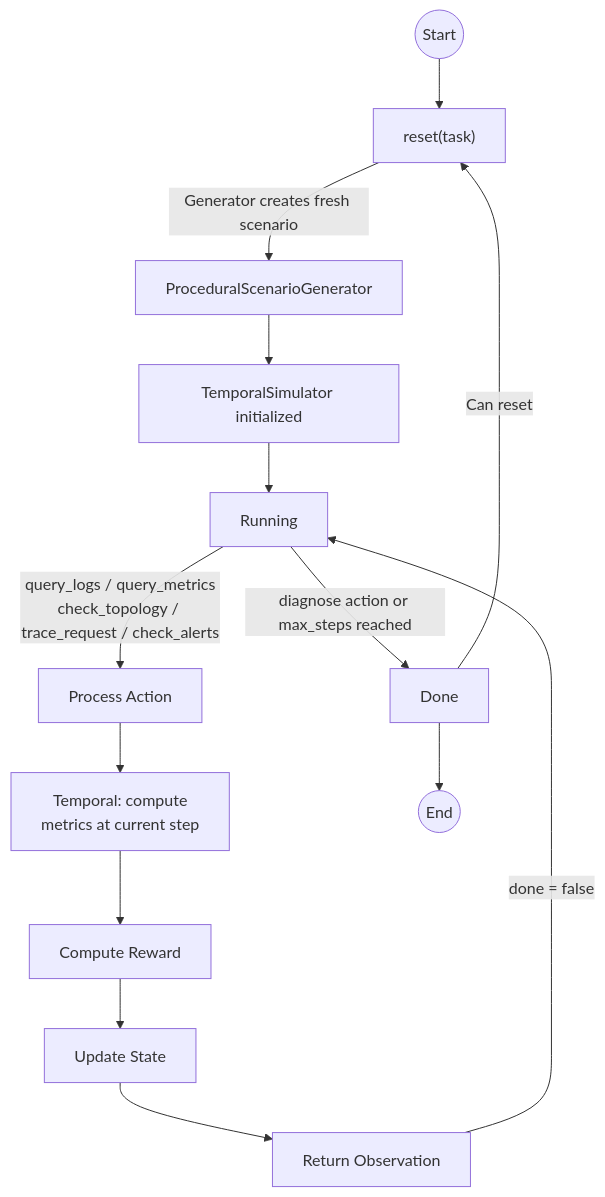
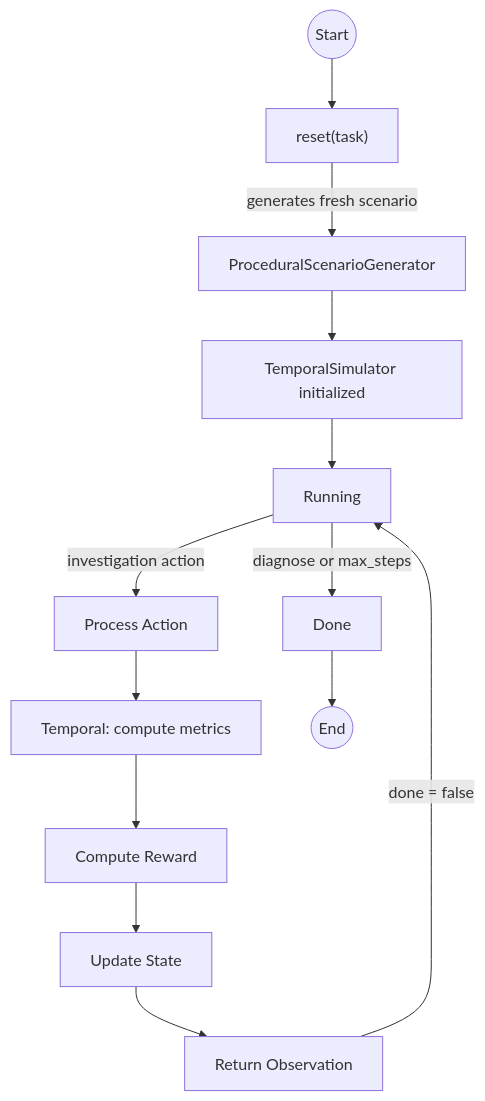
Before and after one commit to wildcraft958/incident_triage_env: the second of 7 diagrams in docs/ARCHITECTURE.md, drawn with Mermaid. The commit also changed other lines of this file and 1 other file, not shown here.

First line of the commit message:
Fix remaining Mermaid render failures on GitHub

````diff
--- a/docs/ARCHITECTURE.md
+++ b/docs/ARCHITECTURE.md
@@ -54,16 +54,15 @@
 ```mermaid
 flowchart TD
     START(("Start")) --> RESET["reset(task)"]
-    RESET -->|"Generator creates fresh scenario"| GEN["ProceduralScenarioGenerator"]
+    RESET -->|"generates fresh scenario"| GEN["ProceduralScenarioGenerator"]
     GEN --> TEMPORAL["TemporalSimulator initialized"]
     TEMPORAL --> RUNNING["Running"]
-    RUNNING -->|"query_logs / query_metrics<br/>check_topology / trace_request / check_alerts"| PROCESS["Process Action"]
-    PROCESS --> DEGRADE["Temporal: compute<br/>metrics at current step"]
+    RUNNING -->|"investigation action"| PROCESS["Process Action"]
+    PROCESS --> DEGRADE["Temporal: compute metrics"]
     DEGRADE --> REWARD["Compute Reward"]
     REWARD --> UPDATE["Update State"]
     UPDATE --> OBS["Return Observation"]
     OBS -->|"done = false"| RUNNING
-    RUNNING -->|"diagnose action or max_steps reached"| DONE["Done"]
-    DONE -->|"Can reset"| RESET
+    RUNNING -->|"diagnose or max_steps"| DONE["Done"]
     DONE --> END(("End"))
 ```
````
